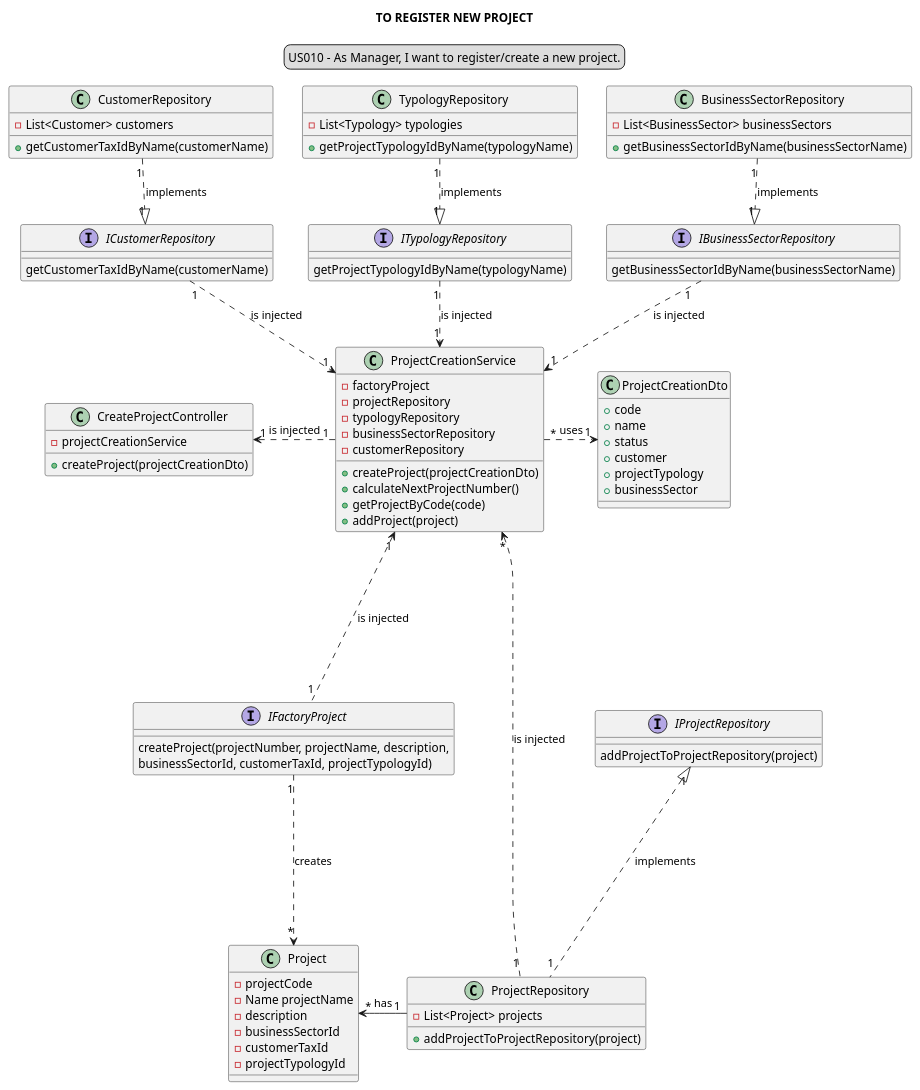
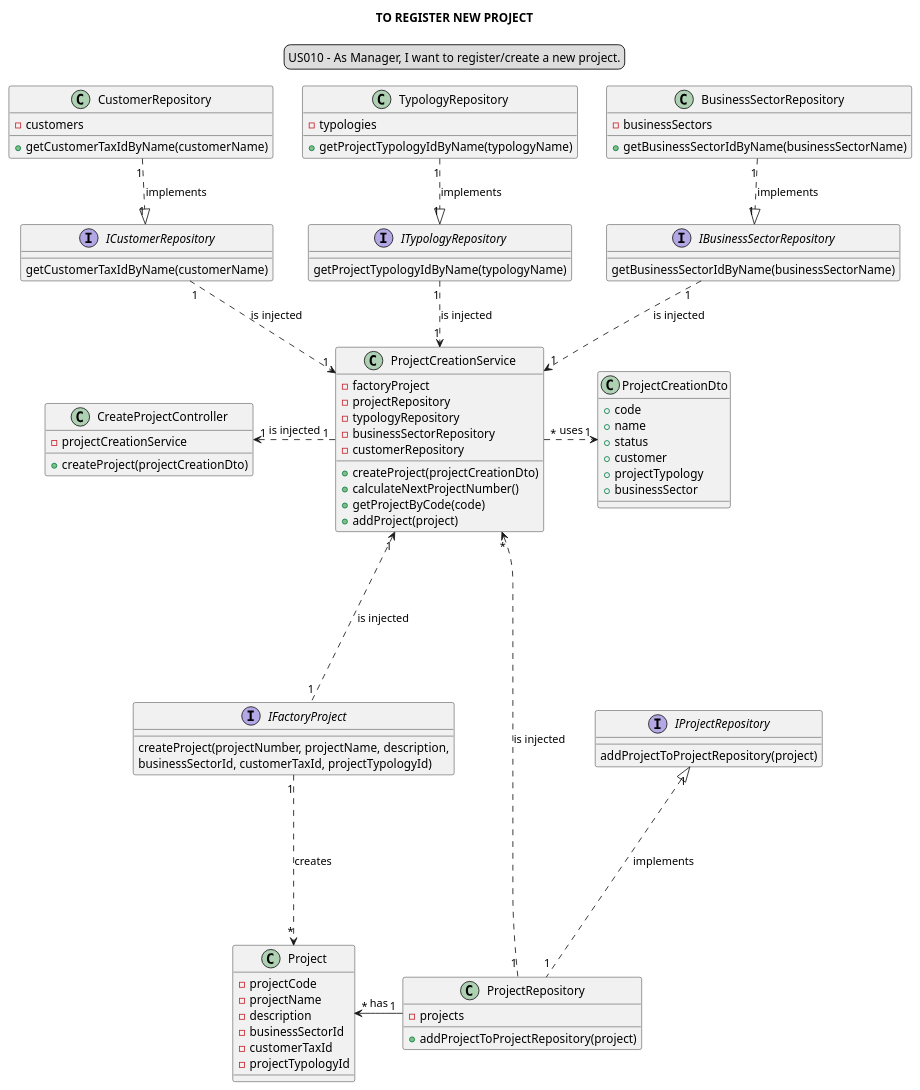
Before and after one commit to Loracline/project_switch_22-23: the diagram in docs/modelling_design/user_stories/sprint02/us010/US010_classDiagram_ddd.puml, drawn with PlantUML. The commit also changed 2 other files, not shown here.

Commit message:
NO US : Refactor to DDD : Updated general class diagram references #216 ; US 10 : Refactor to DDD : Updated class diagram references #441 ; US 21 : Refactor to DDD : Updated class diagram references #197 .

```diff
--- a/docs/modelling_design/user_stories/sprint02/us010/US010_classDiagram_ddd.puml
+++ b/docs/modelling_design/user_stories/sprint02/us010/US010_classDiagram_ddd.puml
@@ -1,100 +1,100 @@
 @startuml
 
 skinparam sequenceMessageAlign center
 title TO REGISTER NEW PROJECT
 legend top
 US010 - As Manager, I want to register/create a new project.
 end legend
 
 class CreateProjectController {
 - projectCreationService
 + createProject(projectCreationDto)
 }
 
 class ProjectCreationService {
 - factoryProject
 - projectRepository
 - typologyRepository
 - businessSectorRepository
 - customerRepository
 + createProject(projectCreationDto)
 + calculateNextProjectNumber()
 + getProjectByCode(code)
 + addProject(project)
 }
 
 class ProjectCreationDto{
 + code
 + name
 + status
 + customer
 + projectTypology
 + businessSector
 }
 
 class Project{
 - projectCode
-- Name projectName
+- projectName
 - description
 - businessSectorId
 - customerTaxId
 - projectTypologyId
 }
 
 class ProjectRepository{
-- List<Project> projects
+- projects
 + addProjectToProjectRepository(project)
 }
 
 class BusinessSectorRepository{
-- List<BusinessSector> businessSectors
+- businessSectors
 + getBusinessSectorIdByName(businessSectorName)
 }
 
 class CustomerRepository{
-- List<Customer> customers
+- customers
 + getCustomerTaxIdByName(customerName)
 }
 
 class TypologyRepository{
-- List<Typology> typologies
+- typologies
 + getProjectTypologyIdByName(typologyName)
 }
 
 interface IProjectRepository{
 addProjectToProjectRepository(project)
 }
 
 interface IFactoryProject {
 createProject(projectNumber, projectName, description,
 businessSectorId, customerTaxId, projectTypologyId)
 }
 
 interface ICustomerRepository {
 getCustomerTaxIdByName(customerName)
 }
 
 interface ITypologyRepository {
 getProjectTypologyIdByName(typologyName)
 }
 
 interface IBusinessSectorRepository {
 getBusinessSectorIdByName(businessSectorName)
 }
 
 
 CreateProjectController "1"<-right-.."1" ProjectCreationService: is injected
 IFactoryProject "1" .-up-.> "1" ProjectCreationService: is injected
 Project "*" <.-up-. "1" IFactoryProject: creates
 ProjectCreationDto "1" <.-left-. "*" ProjectCreationService: uses
 BusinessSectorRepository "1" ..|> "1" IBusinessSectorRepository: implements
 TypologyRepository "1" ..|> "1" ITypologyRepository: implements
 CustomerRepository "1" ..|> "1" ICustomerRepository: implements
 ProjectRepository "1" .-up-.|> "1" IProjectRepository: implements
 ProjectRepository "1" -left-> "*" Project: has
 ProjectRepository "1" .left.> "*" ProjectCreationService: is injected
 ICustomerRepository "1" ..> "1" ProjectCreationService: is injected
 ITypologyRepository "1" ..> "1" ProjectCreationService: is injected
 IBusinessSectorRepository "1" ..> "1" ProjectCreationService: is injected
 
 @enduml
```
